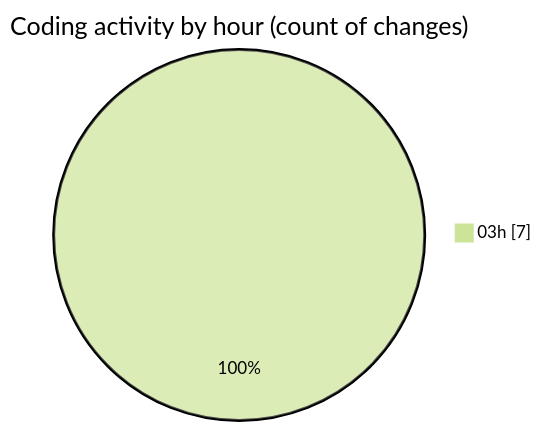
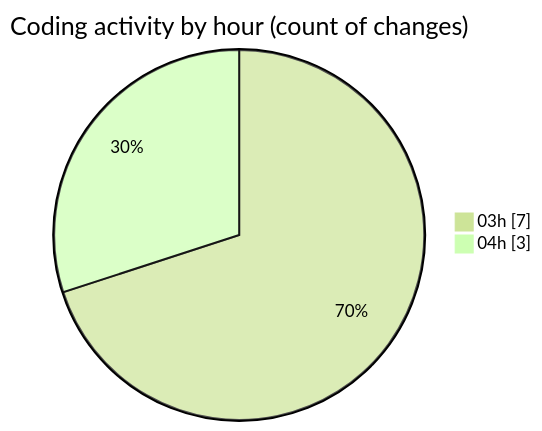
Before and after one commit to FelipKnott/code-tracking: the second of 2 diagrams in 2025-07-02/cursor/README.md, drawn with Mermaid (forest theme). The commit also changed other lines of this file and 1 other file, not shown here.

````diff
--- a/2025-07-02/cursor/README.md
+++ b/2025-07-02/cursor/README.md
@@ -29,5 +30,6 @@
 ```mermaid
 pie showData
 title Coding activity by hour (count of changes)
 "03h" : 7
+"04h" : 3
 ```
````
